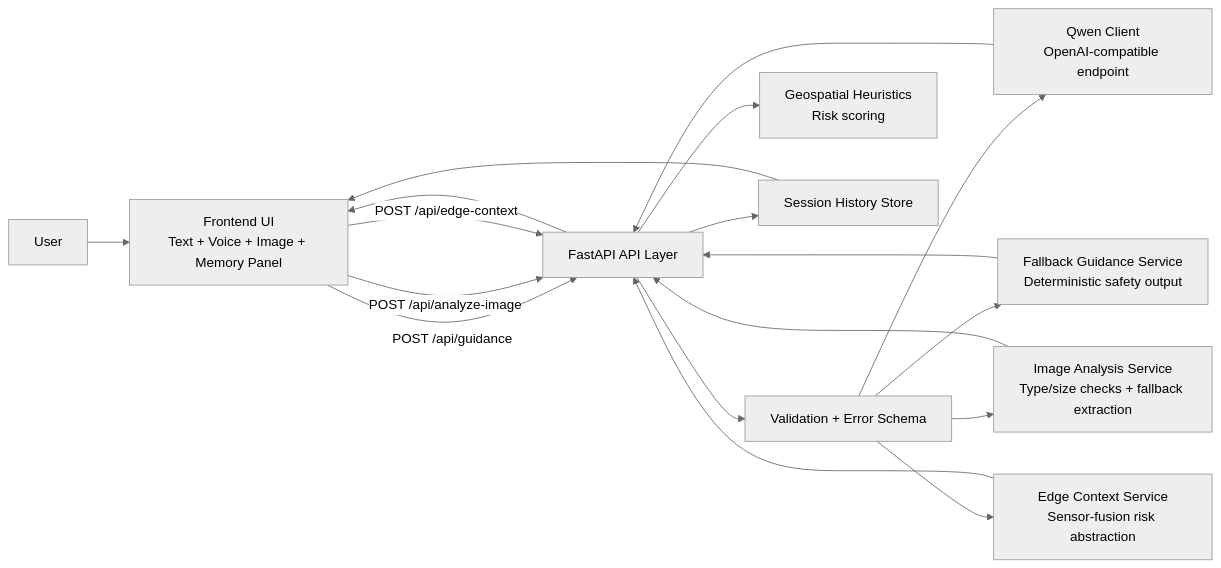
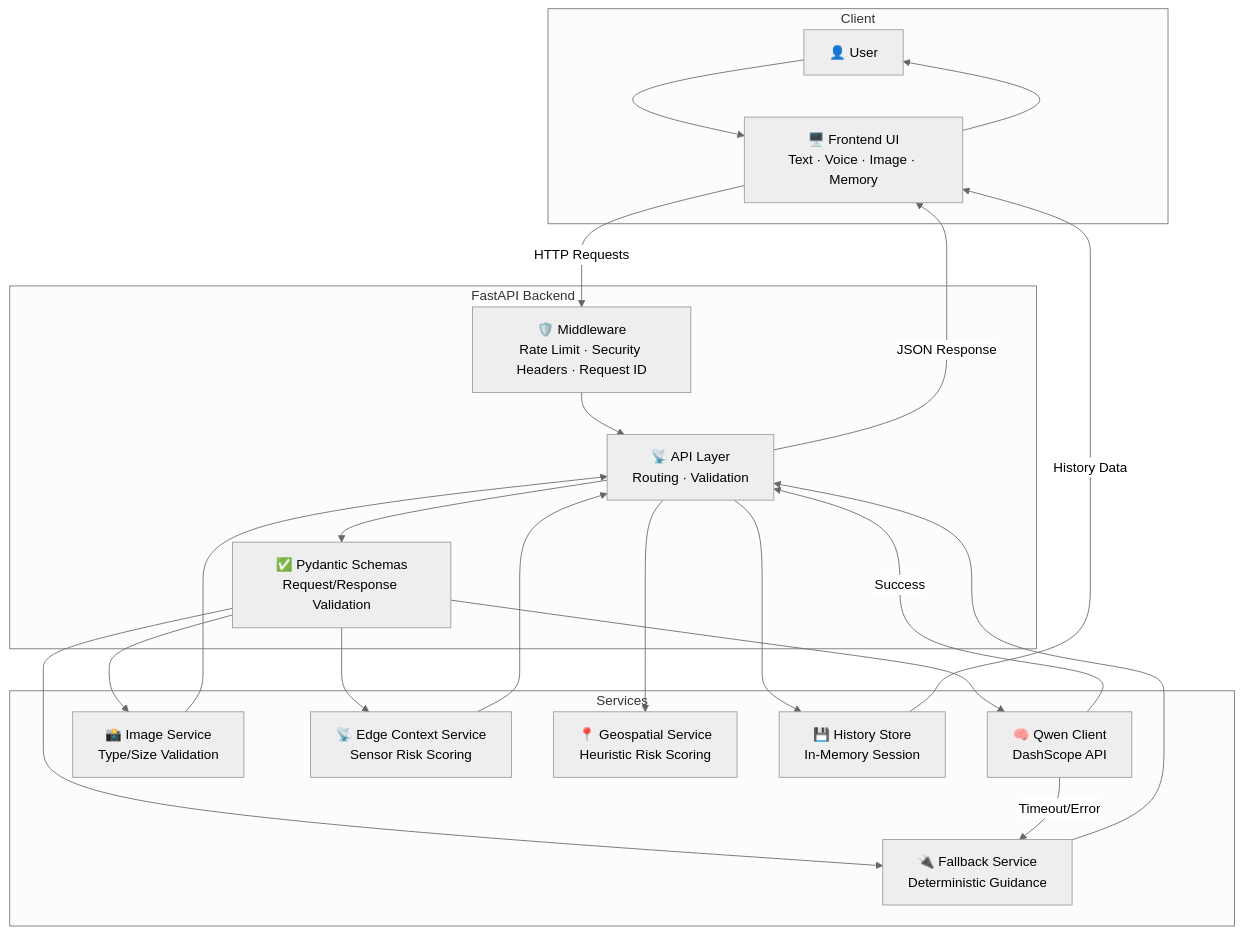
Before and after one commit to rudra496/sightlineai: the diagram in docs/architecture.md, drawn with Mermaid (neutral theme). The commit also changed other lines of this file and 29 other files, not shown here.

````diff
--- a/docs/architecture.md
+++ b/docs/architecture.md
@@ -3,20 +9,41 @@
 ```mermaid
-flowchart LR
-    U[User] --> FE[Frontend UI\nText + Voice + Image + Memory Panel]
-    FE -->|POST /api/guidance| API[FastAPI API Layer]
-    FE -->|POST /api/analyze-image| API
-    FE -->|POST /api/edge-context| API
-    API --> V[Validation + Error Schema]
-    V --> QW[Qwen Client\nOpenAI-compatible endpoint]
-    V --> FB[Fallback Guidance Service\nDeterministic safety output]
-    V --> IMG[Image Analysis Service\nType/size checks + fallback extraction]
-    V --> EDGE[Edge Context Service\nSensor-fusion risk abstraction]
-    API --> GEO[Geospatial Heuristics\nRisk scoring]
-    API --> HIST[Session History Store]
-    HIST --> FE
-    QW --> API
+flowchart TB
+    subgraph Client
+        U[👤 User]
+        FE[🖥️ Frontend UI<br/>Text · Voice · Image · Memory]
+    end
+
+    subgraph Backend["FastAPI Backend"]
+        API[📡 API Layer<br/>Routing · Validation]
+        MW[🛡️ Middleware<br/>Rate Limit · Security Headers · Request ID]
+        VAL[✅ Pydantic Schemas<br/>Request/Response Validation]
+    end
+
+    subgraph Services
+        QW[🧠 Qwen Client<br/>DashScope API]
+        FB[🔌 Fallback Service<br/>Deterministic Guidance]
+        IMG[📸 Image Service<br/>Type/Size Validation]
+        EDGE[📡 Edge Context Service<br/>Sensor Risk Scoring]
+        GEO[📍 Geospatial Service<br/>Heuristic Risk Scoring]
+        HIST[💾 History Store<br/>In-Memory Session]
+    end
+
+    U --> FE
+    FE -->|HTTP Requests| MW
+    MW --> API
+    API --> VAL
+    VAL --> QW
+    VAL --> FB
+    VAL --> IMG
+    VAL --> EDGE
+    API --> GEO
+    API --> HIST
+    QW -->|Timeout/Error| FB
+    QW -->|Success| API
     FB --> API
     IMG --> API
     EDGE --> API
-    API --> FE
+    HIST -->|History Data| FE
+    API -->|JSON Response| FE
+    FE --> U
 ```
````
